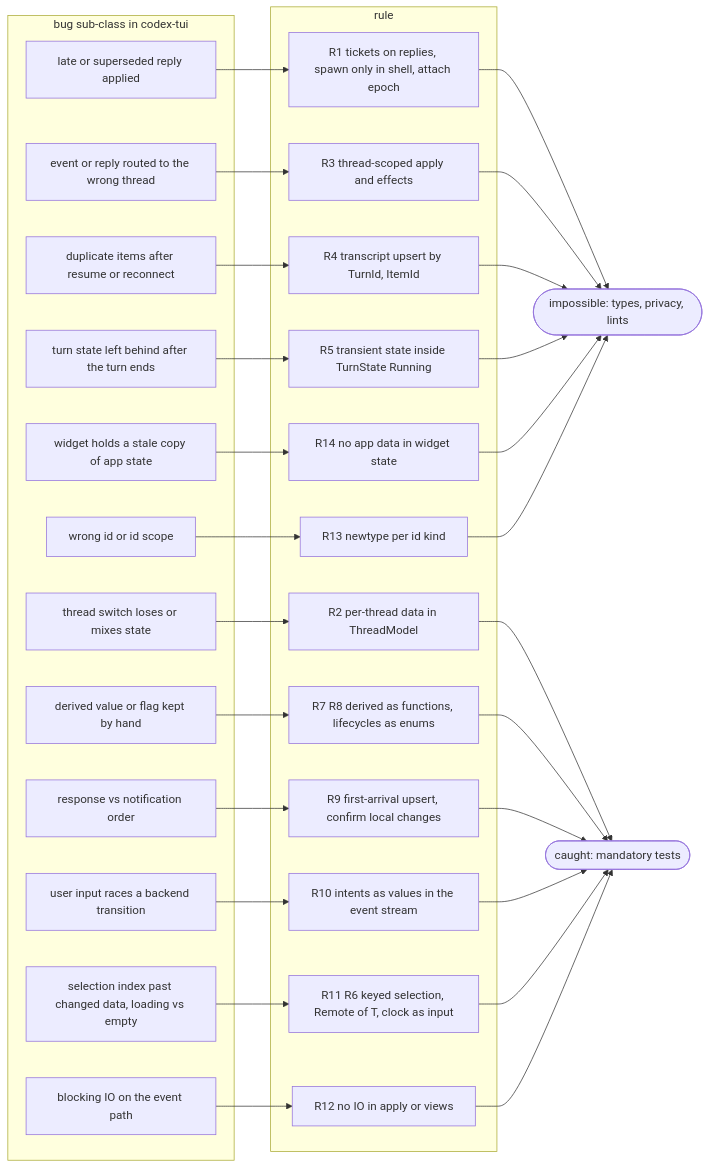
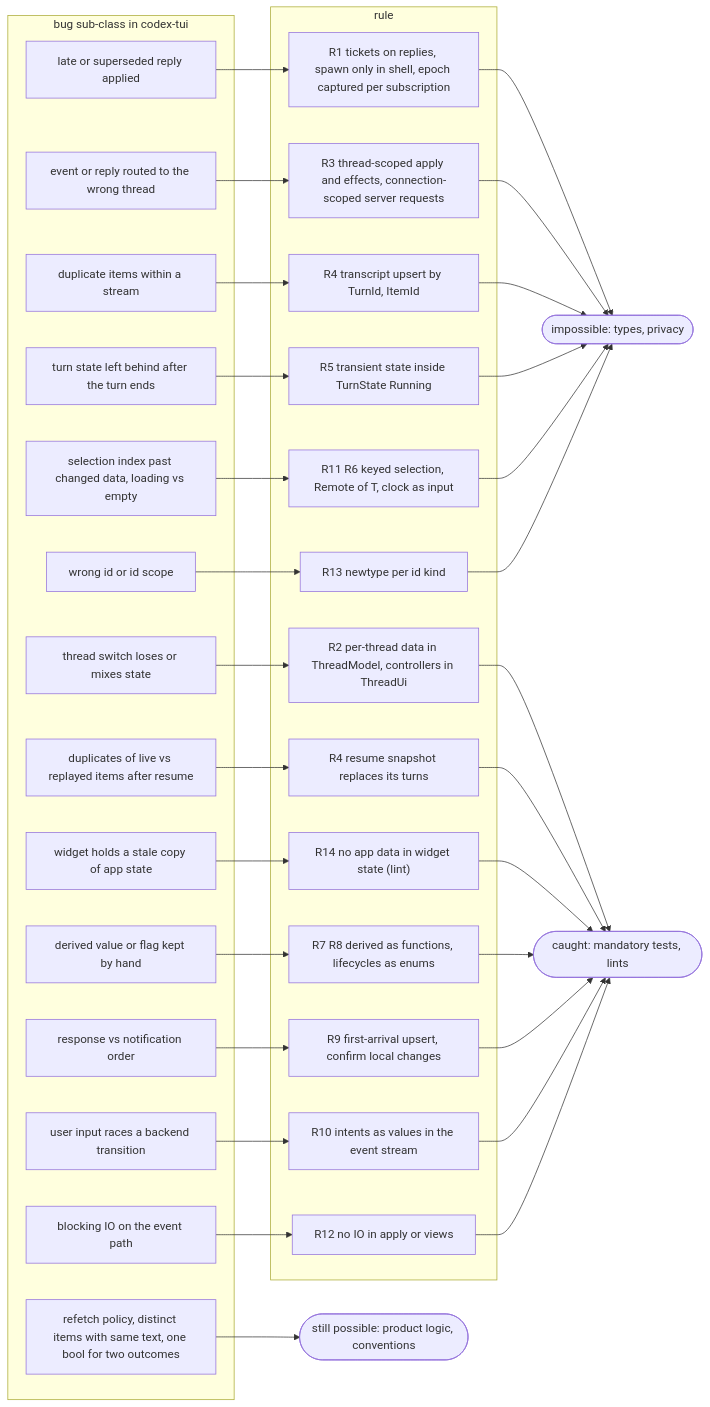
Before and after one commit to Maryarty/CodexCLI: the seventh of 11 diagrams in docs/rtwk-port/design.md, drawn with Mermaid. The commit also changed other lines of this file and 10 other files, not shown here.

First line of the commit message:
arch-review: independent Opus review of the architecture; findings fixed

````diff
--- a/docs/rtwk-port/design.md
+++ b/docs/rtwk-port/design.md
@@ -214,55 +234,61 @@
 ```mermaid
 flowchart LR
   subgraph bugs["bug sub-class in codex-tui"]
     b1["late or superseded reply applied"]
     b2["thread switch loses or mixes state"]
     b3["event or reply routed to the wrong thread"]
-    b4["duplicate items after resume or reconnect"]
+    b4["duplicate items within a stream"]
+    b4r["duplicates of live vs replayed items after resume"]
     b5["turn state left behind after the turn ends"]
     b6["widget holds a stale copy of app state"]
     b7["derived value or flag kept by hand"]
     b8["response vs notification order"]
     b9["user input races a backend transition"]
     b10["selection index past changed data, loading vs empty"]
     b11["blocking IO on the event path"]
     b13["wrong id or id scope"]
+    bp["refetch policy, distinct items with same text, one bool for two outcomes"]
   end
   subgraph rules["rule"]
-    r1["R1 tickets on replies, spawn only in shell, attach epoch"]
-    r2["R2 per-thread data in ThreadModel"]
-    r3["R3 thread-scoped apply and effects"]
+    r1["R1 tickets on replies, spawn only in shell, epoch captured per subscription"]
+    r2["R2 per-thread data in ThreadModel, controllers in ThreadUi"]
+    r3["R3 thread-scoped apply and effects, connection-scoped server requests"]
     r4["R4 transcript upsert by TurnId, ItemId"]
+    r4s["R4 resume snapshot replaces its turns"]
     r5["R5 transient state inside TurnState Running"]
-    r14["R14 no app data in widget state"]
+    r14["R14 no app data in widget state (lint)"]
     r7["R7 R8 derived as functions, lifecycles as enums"]
     r9["R9 first-arrival upsert, confirm local changes"]
     r10["R10 intents as values in the event stream"]
     r11["R11 R6 keyed selection, Remote of T, clock as input"]
     r12["R12 no IO in apply or views"]
     r13["R13 newtype per id kind"]
   end
   b1 --> r1
   b2 --> r2
   b3 --> r3
   b4 --> r4
+  b4r --> r4s
   b5 --> r5
   b6 --> r14
   b7 --> r7
   b8 --> r9
   b9 --> r10
   b10 --> r11
   b11 --> r12
   b13 --> r13
-  r1 --> imp(["impossible: types, privacy, lints"])
+  r1 --> imp(["impossible: types, privacy"])
   r3 --> imp
   r4 --> imp
   r5 --> imp
-  r14 --> imp
+  r11 --> imp
   r13 --> imp
-  r2 --> cau(["caught: mandatory tests"])
+  r2 --> cau(["caught: mandatory tests, lints"])
+  r4s --> cau
+  r14 --> cau
   r7 --> cau
   r9 --> cau
   r10 --> cau
-  r11 --> cau
   r12 --> cau
+  bp --> poss(["still possible: product logic, conventions"])
 ```
````
